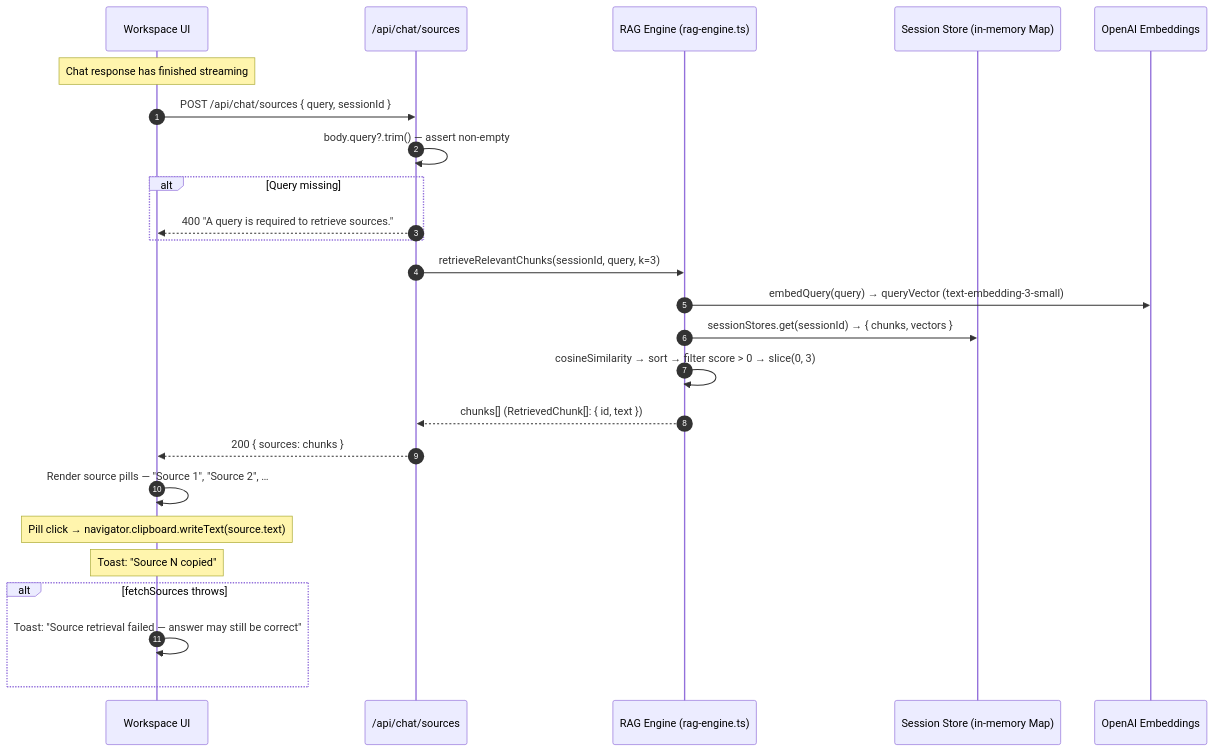
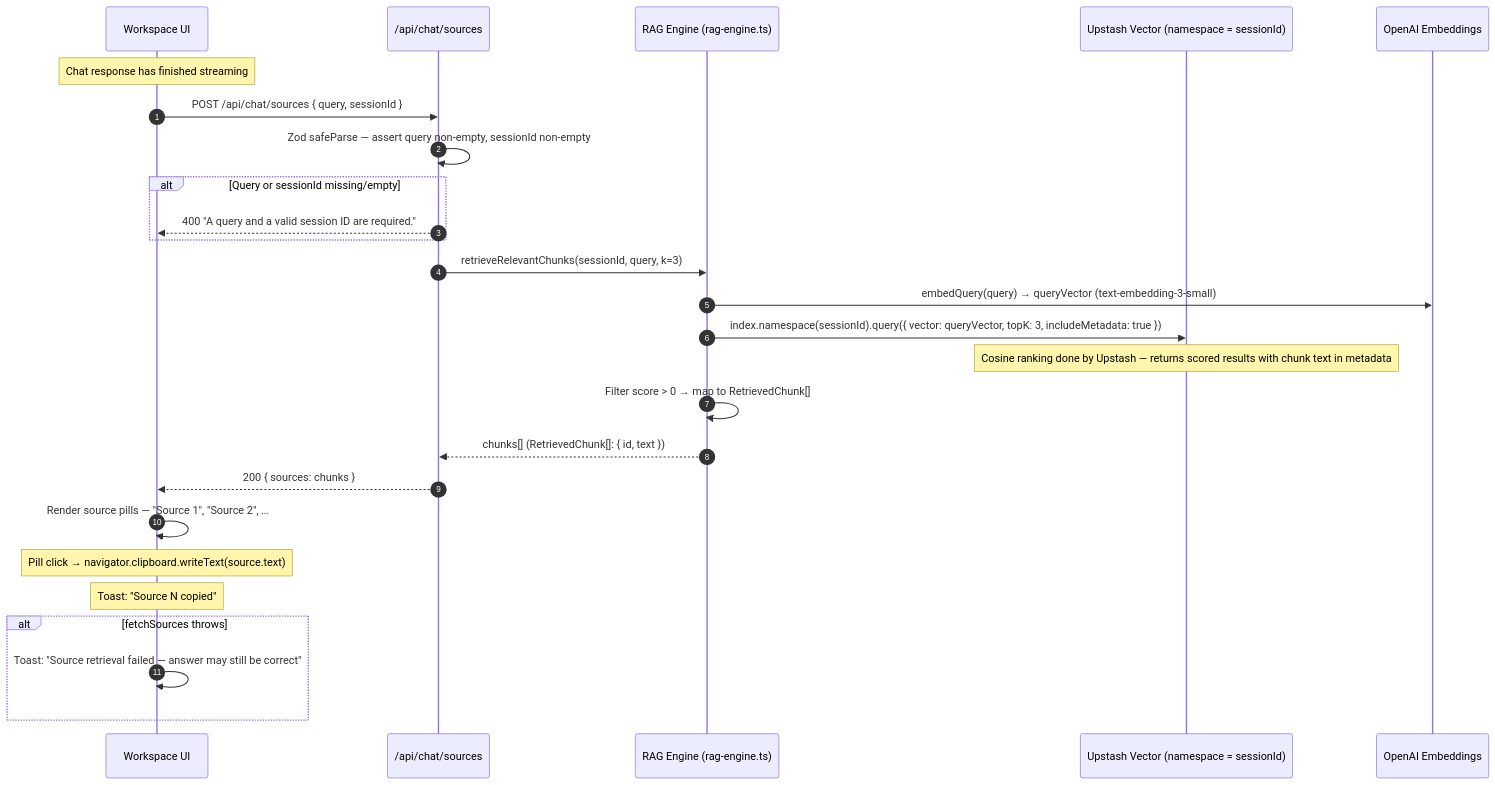
The fourth of 4 diagrams in docs/ARCHITECTURE_FLOWS.md (GeorgianaAI/documind-ai), drawn with Mermaid before and after one commit. The commit also changed other lines of this file and 5 other files, not shown here.

First line of the commit message:
docs: update all hardening docs — CLAUDE.md, README, arch flows, roadmap, advisory

````diff
--- a/docs/ARCHITECTURE_FLOWS.md
+++ b/docs/ARCHITECTURE_FLOWS.md
@@ -246,33 +257,34 @@
 ```mermaid
 sequenceDiagram
 autonumber
 participant UI as Workspace UI
 participant SRC as /api/chat/sources
 participant RAG as RAG Engine (rag-engine.ts)
-participant SS as Session Store (in-memory Map)
+participant SS as Upstash Vector (namespace = sessionId)
 participant OAI as OpenAI Embeddings
 
 Note over UI: Chat response has finished streaming
 
 UI->>SRC: POST /api/chat/sources { query, sessionId }
 
-SRC->>SRC: body.query?.trim() — assert non-empty
-alt Query missing
-  SRC-->>UI: 400 "A query is required to retrieve sources."
+SRC->>SRC: Zod safeParse — assert query non-empty, sessionId non-empty
+alt Query or sessionId missing/empty
+  SRC-->>UI: 400 "A query and a valid session ID are required."
 end
 
 SRC->>RAG: retrieveRelevantChunks(sessionId, query, k=3)
 RAG->>OAI: embedQuery(query) → queryVector (text-embedding-3-small)
-RAG->>SS: sessionStores.get(sessionId) → { chunks, vectors }
-RAG->>RAG: cosineSimilarity → sort → filter score > 0 → slice(0, 3)
+RAG->>SS: index.namespace(sessionId).query({ vector: queryVector, topK: 3, includeMetadata: true })
+Note over SS: Cosine ranking done by Upstash — returns scored results with chunk text in metadata
+RAG->>RAG: Filter score > 0 → map to RetrievedChunk[]
 RAG-->>SRC: chunks[] (RetrievedChunk[]: { id, text })
 
 SRC-->>UI: 200 { sources: chunks }
 
 UI->>UI: Render source pills — "Source 1", "Source 2", …
 Note over UI: Pill click → navigator.clipboard.writeText(source.text)
 Note over UI: Toast: "Source N copied"
 alt fetchSources throws
   UI->>UI: Toast: "Source retrieval failed — answer may still be correct"
 end
 ```
````
